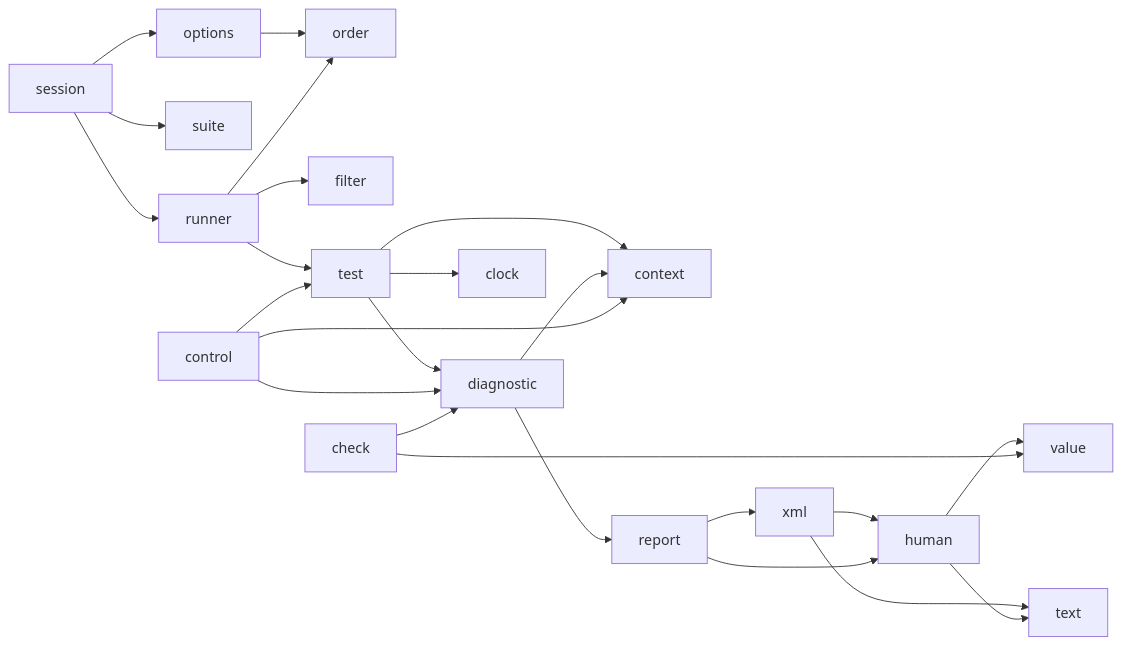
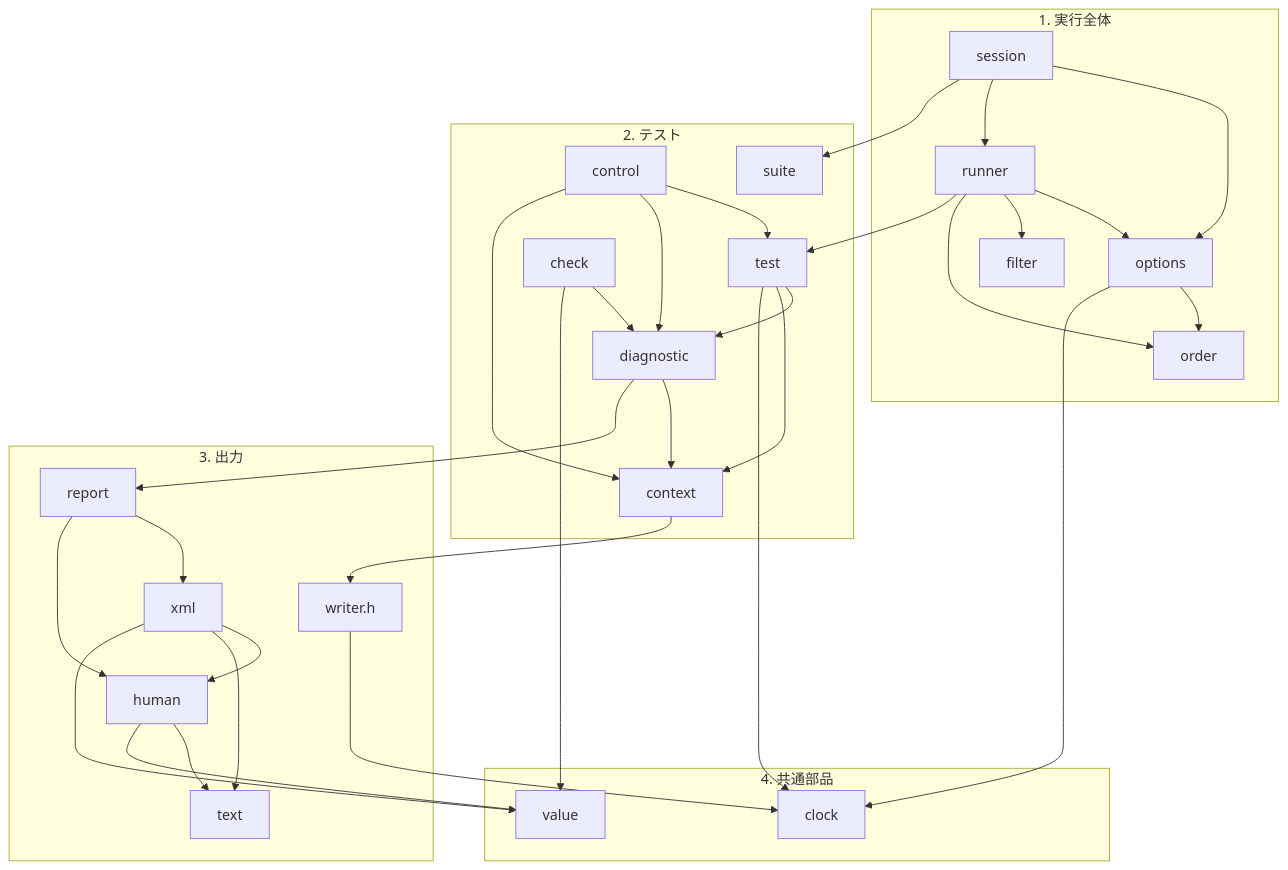
Before and after one commit to vabelorg/naos: the diagram in docs/ja/development/architecture.md, drawn with Mermaid. The commit also changed other lines of this file and 4 other files, not shown here.

````diff
--- a/docs/ja/development/architecture.md
+++ b/docs/ja/development/architecture.md
@@ -56,15 +65,32 @@
 ```mermaid
-flowchart LR
-  session --> options --> order
+flowchart TB
+  subgraph run["1. 実行全体"]
+    session --> options --> order
+    session --> runner
+    runner --> options & filter & order
+  end
+  subgraph tests["2. テスト"]
+    test --> diagnostic --> context
+    test --> context
+    control --> test & diagnostic & context
+    check --> diagnostic
+    suite
+  end
+  subgraph output["3. 出力"]
+    report --> xml --> human
+    report --> human
+    xml & human --> text
+    writer["writer.h"]
+  end
+  subgraph shared["4. 共通部品"]
+    clock
+    value
+  end
   session --> suite
-  session --> runner
-  runner --> filter & order
-  runner --> test --> diagnostic
-  test --> context & clock
-  diagnostic --> context
-  diagnostic --> report --> xml --> human --> value
-  xml & human --> text
-  report --> human
-  control --> test & diagnostic & context
-  check --> diagnostic & value
+  runner --> test
+  diagnostic --> report
+  context --> writer
+  test & options --> clock
+  check & human & xml --> value
+  writer --> clock
 ```
````
